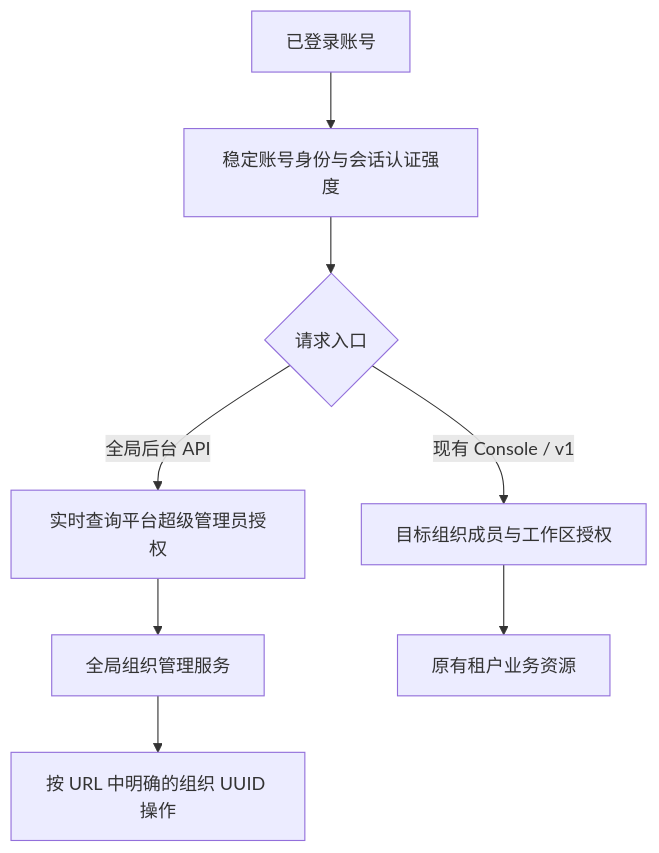
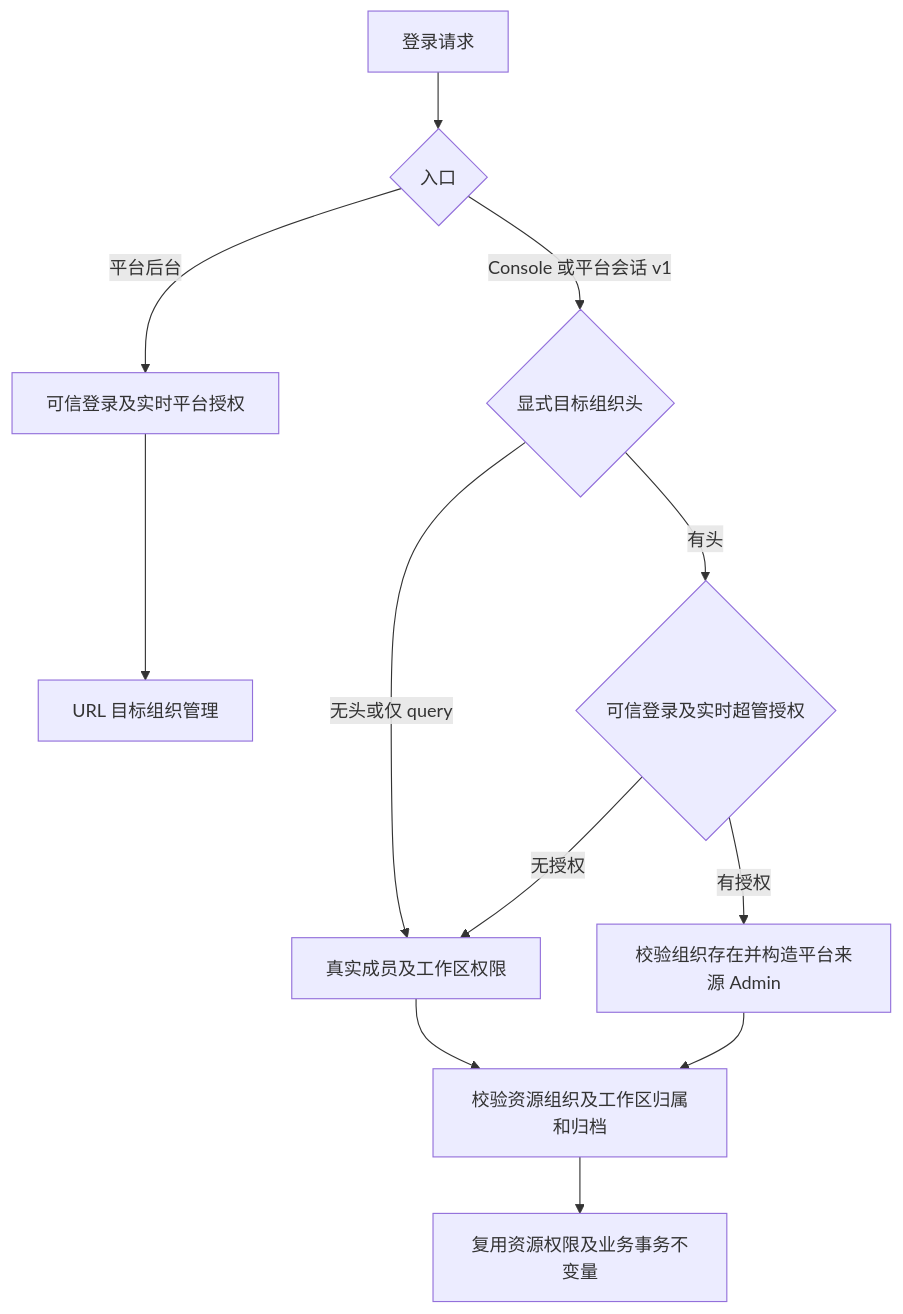
One commit to superduck-ai/open-managed-agents changed the first of 2 diagrams in docs/design/platform-super-admin.md. Above: the diagram before and after it, drawn with Mermaid. The commit also changed other lines of this file and 9 other files, not shown here.

````diff
--- a/docs/design/platform-super-admin.md
+++ b/docs/design/platform-super-admin.md
@@ -96,10 +97,14 @@
 ```mermaid
 flowchart TD
-    A[已登录账号] --> B[稳定账号身份与会话认证强度]
-    B --> C{请求入口}
-    C -->|全局后台 API| D[实时查询平台超级管理员授权]
-    D --> E[全局组织管理服务]
-    E --> F[按 URL 中明确的组织 UUID 操作]
-    C -->|现有 Console / v1| G[目标组织成员与工作区授权]
-    G --> H[原有租户业务资源]
+    A[登录请求] --> B{入口}
+    B -->|平台后台| C[可信登录及实时平台授权]
+    C --> D[URL 目标组织管理]
+    B -->|Console 或平台会话 v1| E{显式目标组织头}
+    E -->|无头或仅 query| F[真实成员及工作区权限]
+    E -->|有头| G{可信登录及实时超管授权}
+    G -->|无授权| F
+    G -->|有授权| H[校验组织存在并构造平台来源 Admin]
+    H --> I[校验资源组织及工作区归属和归档]
+    F --> I
+    I --> J[复用资源权限及业务事务不变量]
 ```
````
